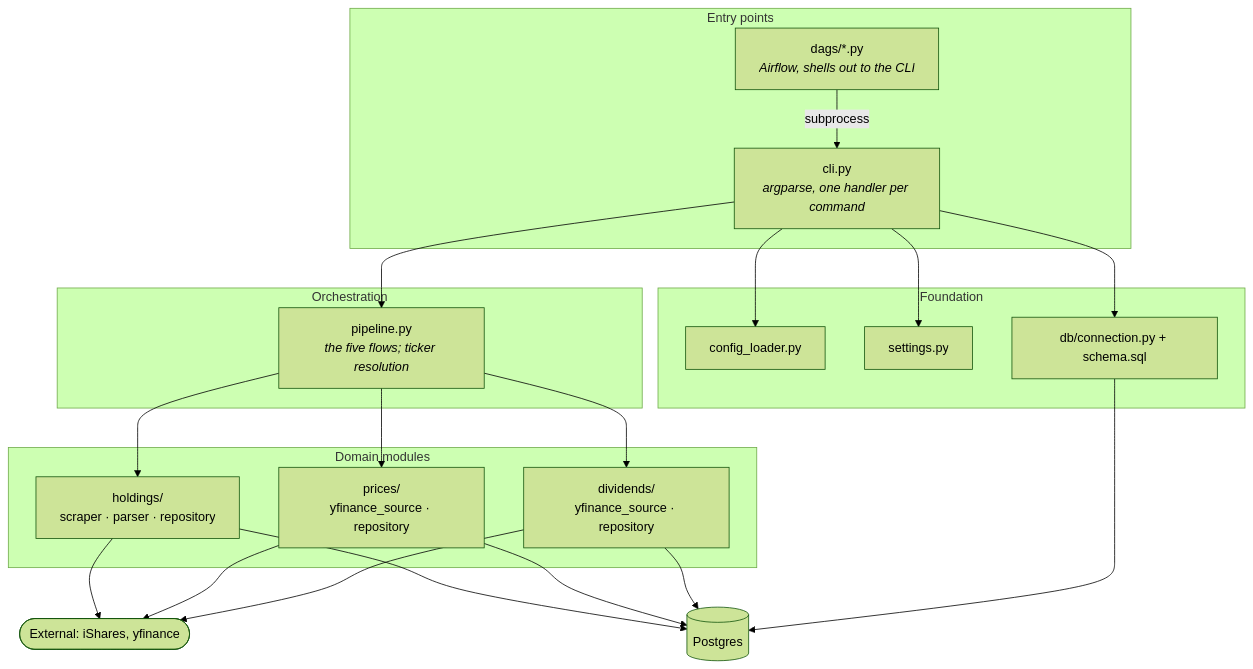
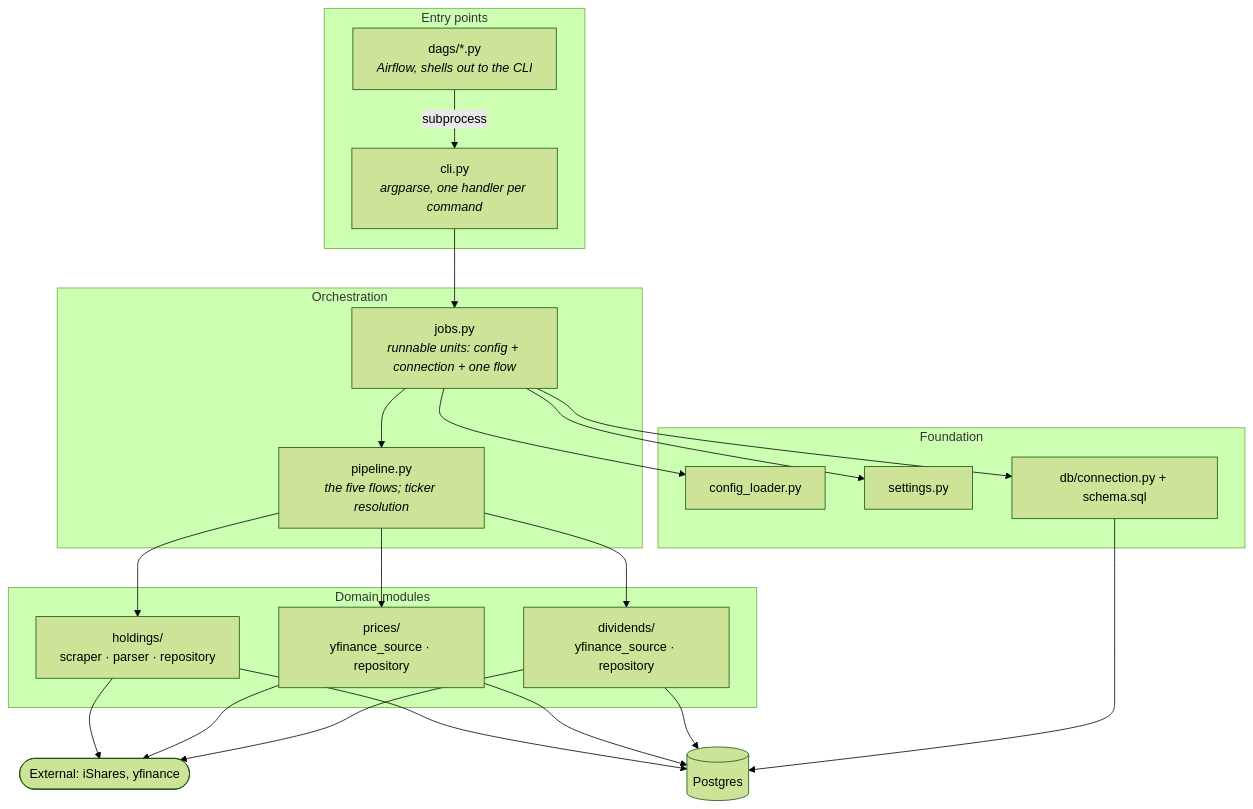
Before and after one commit to jpedropereira/Stakehold: the first of 3 diagrams in services/data-store/docs/architecture.md, drawn with Mermaid (forest theme). The commit also changed other lines of this file and 7 other files, not shown here.

````diff
--- a/services/data-store/docs/architecture.md
+++ b/services/data-store/docs/architecture.md
@@ -24,42 +24,44 @@
 ```mermaid
 flowchart TD
     subgraph entry["Entry points"]
         CLI["cli.py<br/><i>argparse, one handler per command</i>"]
         DAGS["dags/*.py<br/><i>Airflow, shells out to the CLI</i>"]
     end
 
     subgraph orch["Orchestration"]
+        JOBS["jobs.py<br/><i>runnable units: config + connection + one flow</i>"]
         PIPE["pipeline.py<br/><i>the five flows; ticker resolution</i>"]
     end
 
     subgraph domain["Domain modules"]
         HOLD["holdings/<br/>scraper · parser · repository"]
         PRICE["prices/<br/>yfinance_source · repository"]
         DIV["dividends/<br/>yfinance_source · repository"]
     end
 
     subgraph found["Foundation"]
         CONF["config_loader.py"]
         SET["settings.py"]
         DB["db/connection.py + schema.sql"]
     end
 
     PG[("Postgres")]
     EXT(["External: iShares, yfinance"])
 
     DAGS -->|subprocess| CLI
-    CLI --> PIPE
-    CLI --> CONF
-    CLI --> SET
-    CLI --> DB
+    CLI --> JOBS
+    JOBS --> PIPE
+    JOBS --> CONF
+    JOBS --> SET
+    JOBS --> DB
     PIPE --> HOLD
     PIPE --> PRICE
     PIPE --> DIV
     HOLD --> EXT
     PRICE --> EXT
     DIV --> EXT
     HOLD --> PG
     PRICE --> PG
     DIV --> PG
     DB --> PG
 ```
````
